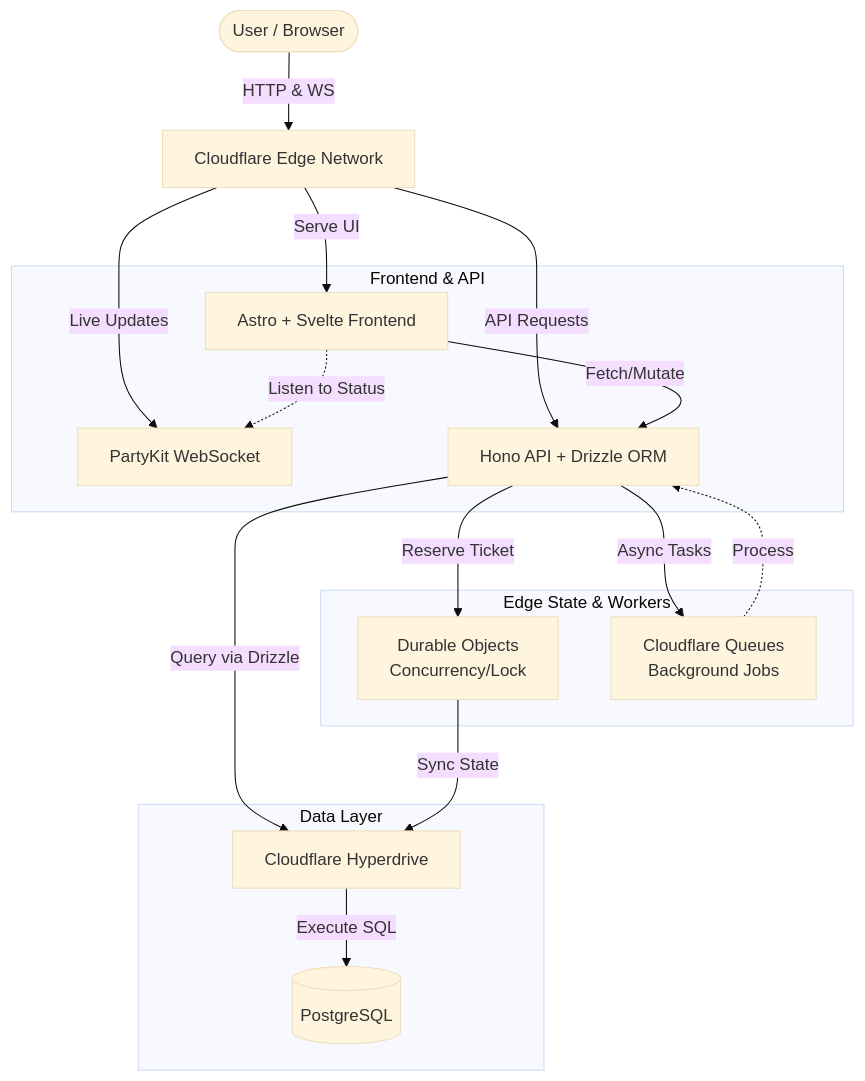
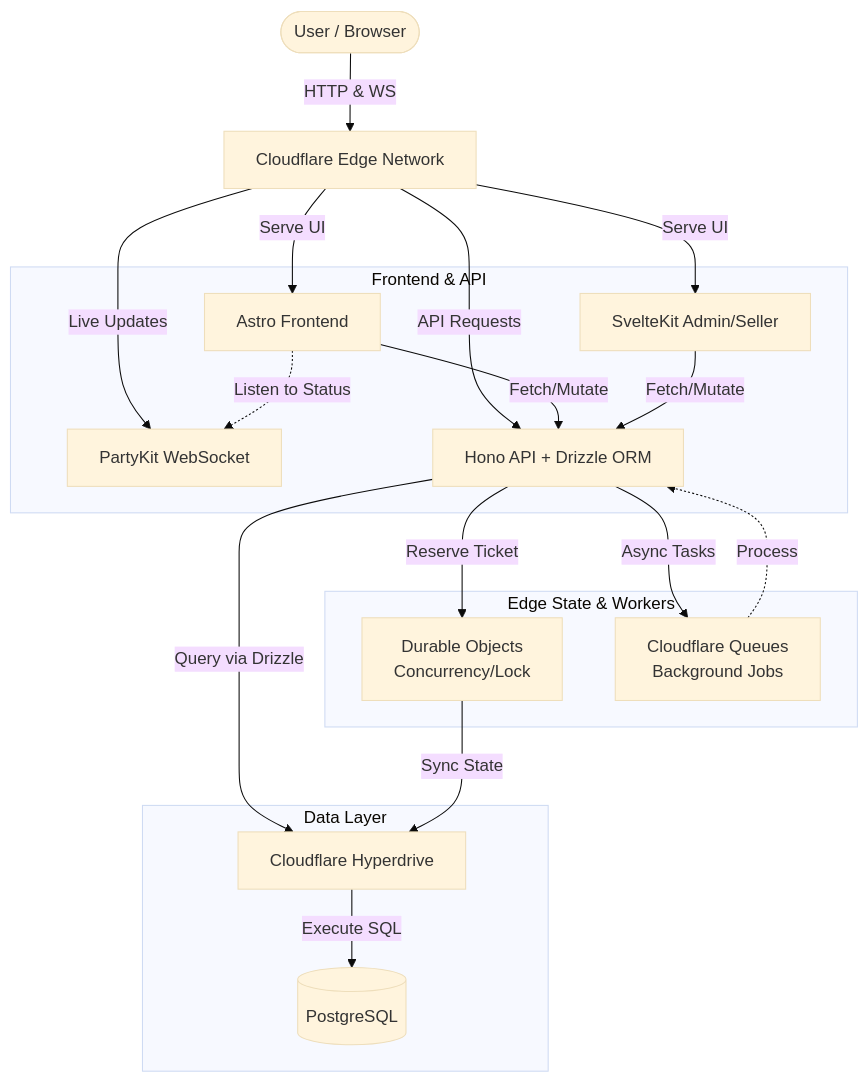
Before and after one commit to ariefnovianto/jeevatix: the diagram in README.md, drawn with Mermaid (base theme). The commit also changed other lines of this file and 48 other files, not shown here.

````diff
--- a/README.md
+++ b/README.md
@@ -28,37 +27,40 @@
 ```mermaid
 graph TD
     User([User / Browser])
     CF_Edge[Cloudflare Edge Network]
     
     subgraph Frontend & API
-        Web[Astro + Svelte Frontend]
+        Buyer[Astro Frontend]
+        Admin[SvelteKit Admin/Seller]
         PartyKit[PartyKit WebSocket]
         API[Hono API + Drizzle ORM]
     end
     
     subgraph Edge State & Workers
         DO[Durable Objects <br> Concurrency/Lock]
         Queue[Cloudflare Queues <br> Background Jobs]
     end
     
     subgraph Data Layer
         Hyperdrive[Cloudflare Hyperdrive]
         DB[(PostgreSQL)]
     end
 
     User -->|HTTP & WS| CF_Edge
-    CF_Edge -->|Serve UI| Web
+    CF_Edge -->|Serve UI| Buyer
+    CF_Edge -->|Serve UI| Admin
     CF_Edge -->|API Requests| API
     CF_Edge -->|Live Updates| PartyKit
 
-    Web -->|Fetch/Mutate| API
-    Web -.->|Listen to Status| PartyKit
+    Buyer -->|Fetch/Mutate| API
+    Admin -->|Fetch/Mutate| API
+    Buyer -.->|Listen to Status| PartyKit
     
     API -->|Reserve Ticket| DO
     API -->|Async Tasks| Queue
     API -->|Query via Drizzle| Hyperdrive
     DO -->|Sync State| Hyperdrive
     Queue -.->|Process| API
     
     Hyperdrive -->|Execute SQL| DB
 ```
````
